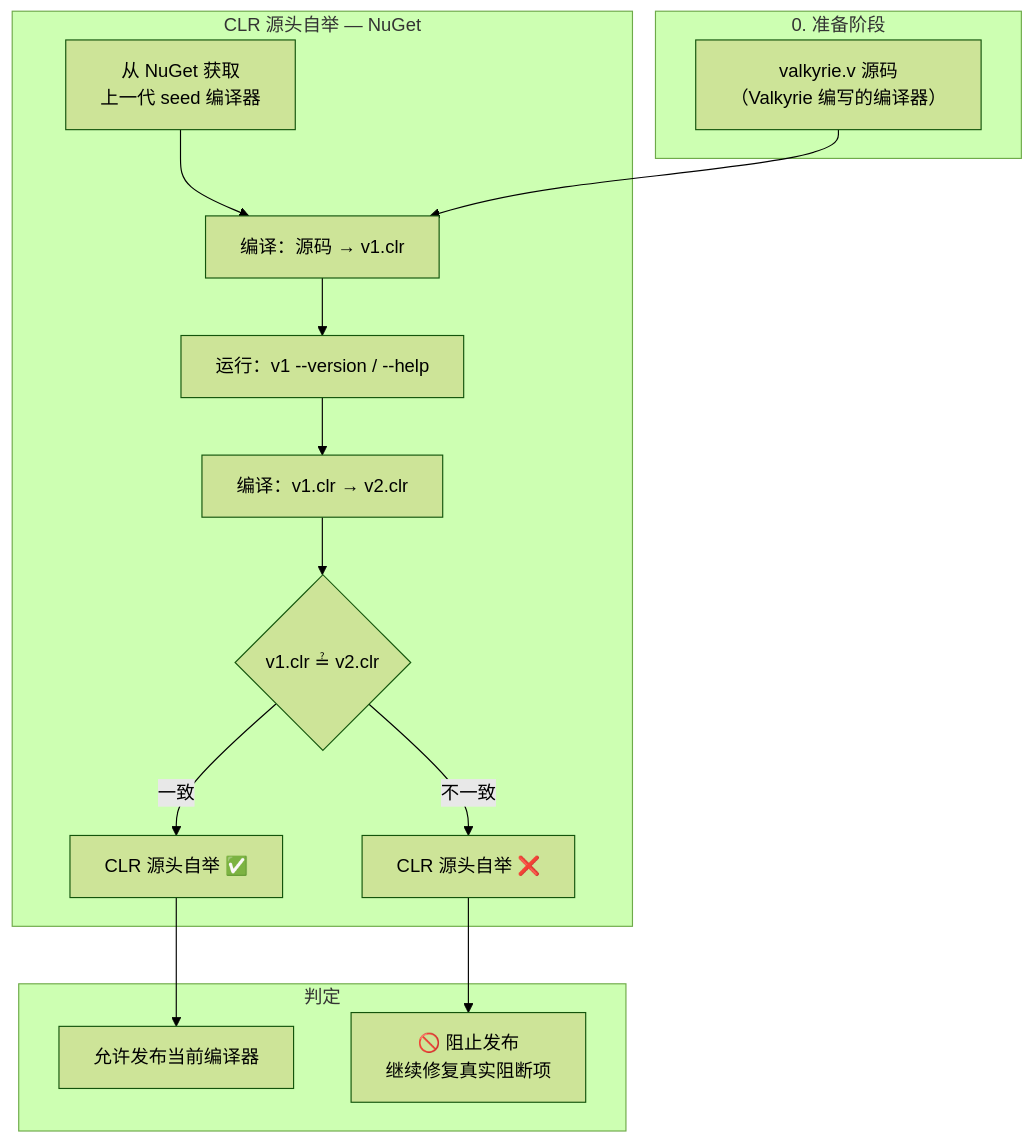
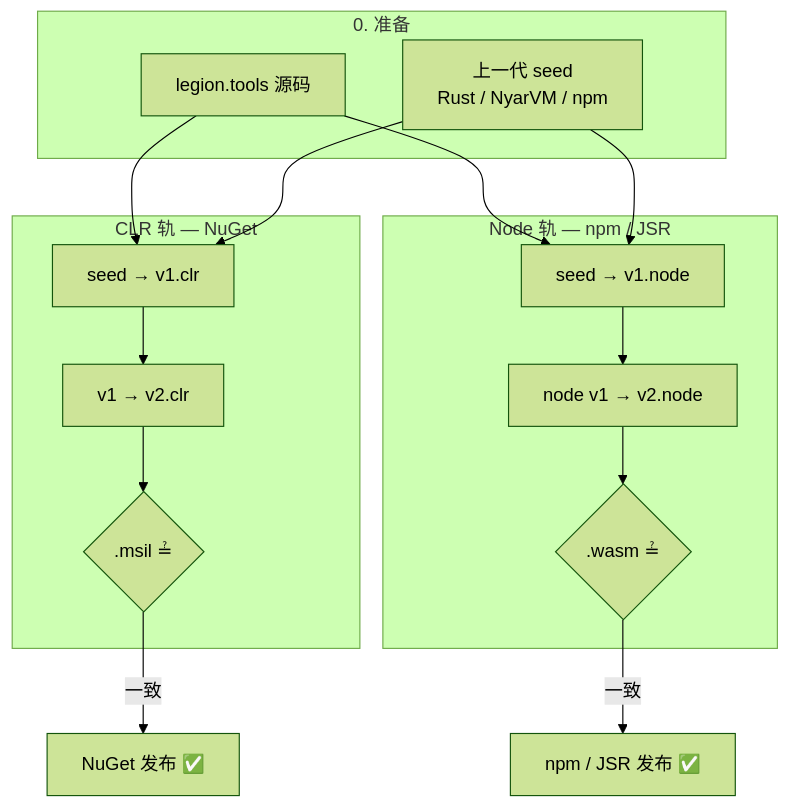
The seventh of 10 diagrams in readme.md (valkyrie-language/valkyrie.v), drawn with Mermaid (forest theme) before and after one commit. The commit also changed other lines of this file and 1 other file, not shown here.

````diff
--- a/readme.md
+++ b/readme.md
@@ -328,22 +430,24 @@
 ```mermaid
 flowchart TB
-    subgraph Setup["0. 准备阶段"]
-        Src["valkyrie.v 源码<br/>（Valkyrie 编写的编译器）"]
+    subgraph Setup["0. 准备"]
+        Src["legion.tools 源码"]
+        Seed["上一代 seed<br/>Rust / NyarVM / npm"]
     end
 
-    subgraph CLR["CLR 源头自举 — NuGet"]
-        NuGet["从 NuGet 获取<br/>上一代 seed 编译器"] --> C1["编译：源码 → v1.clr"]
-        C1 --> CRun["运行：v1 --version / --help"]
-        CRun --> C2["编译：v1.clr → v2.clr"]
-        C2 --> CC{"v1.clr ≟ v2.clr"}
-        CC -- "一致" --> CPass["CLR 源头自举 ✅"]
-        CC -- "不一致" --> CFail["CLR 源头自举 ❌"]
+    subgraph CLR["CLR 轨 — NuGet"]
+        C1["seed → v1.clr"] --> C2["v1 → v2.clr"]
+        C2 --> CC{".msil ≟"}
     end
 
-    subgraph Final["判定"]
-        CPass --> Publish["允许发布当前编译器"]
-        CFail --> Block["🚫 阻止发布<br/>继续修复真实阻断项"]
+    subgraph Node["Node 轨 — npm / JSR"]
+        N1["seed → v1.node"] --> N2["node v1 → v2.node"]
+        N2 --> NC{".wasm ≟"}
     end
 
     Src --> C1
+    Src --> N1
+    Seed --> C1
+    Seed --> N1
+    CC -- " 一致 " --> NuGet["NuGet 发布 ✅"]
+    NC -- " 一致 " --> NpmJsr["npm / JSR 发布 ✅"]
 ```
````
